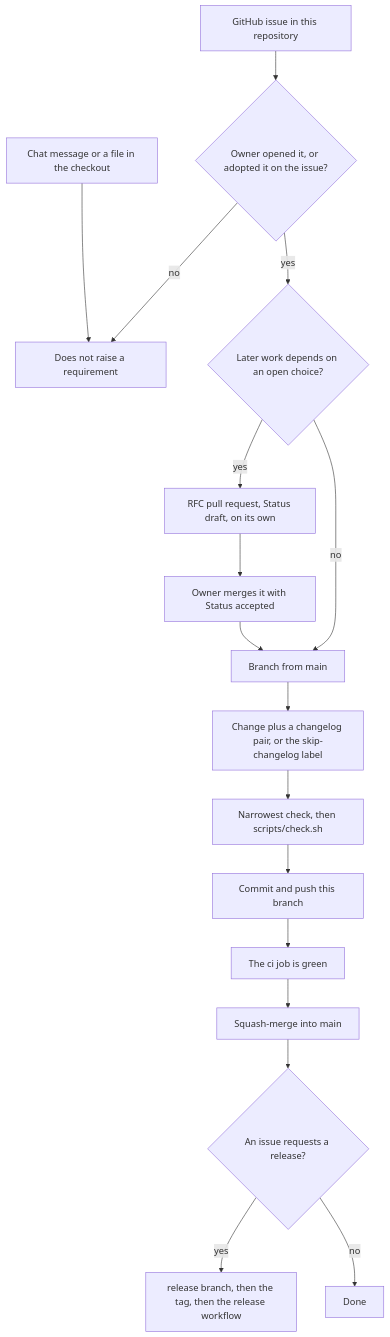
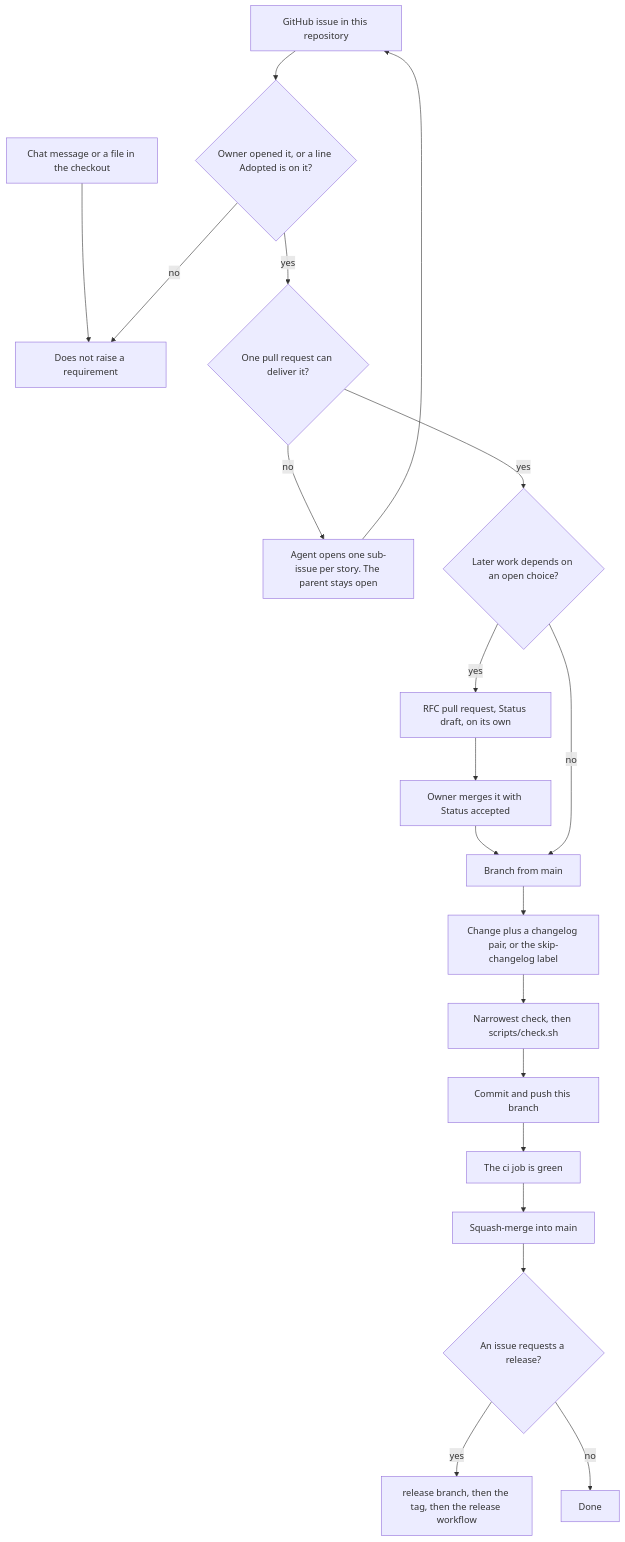
The diagram in AGENTS.md (Staring531/calendo_service), drawn with Mermaid before and after one commit. The commit also changed other lines of this file and 13 other files, not shown here.

First line of the commit message:
ci(ci): close one adopted leaf issue and move project cards from events (#12)

````diff
--- a/AGENTS.md
+++ b/AGENTS.md
@@ -50,19 +50,22 @@
 ```mermaid
 flowchart TD
   chat[Chat message or a file in the checkout] --> no[Does not raise a requirement]
-  issue[GitHub issue in this repository] --> whose{Owner opened it, or adopted it on the issue?}
+  issue[GitHub issue in this repository] --> whose{Owner opened it, or a line Adopted is on it?}
   whose -->|no| no
-  whose -->|yes| depends{Later work depends on an open choice?}
+  whose -->|yes| unit{One pull request can deliver it?}
+  unit -->|no| split[Agent opens one sub-issue per story. The parent stays open]
+  split --> issue
+  unit -->|yes| depends{Later work depends on an open choice?}
   depends -->|yes| rfc[RFC pull request, Status draft, on its own]
   rfc --> accepted[Owner merges it with Status accepted]
   accepted --> branch[Branch from main]
   depends -->|no| branch
   branch --> change[Change plus a changelog pair, or the skip-changelog label]
   change --> verify[Narrowest check, then scripts/check.sh]
   verify --> ship[Commit and push this branch]
   ship --> green[The ci job is green]
   green --> merge[Squash-merge into main]
   merge --> rel{An issue requests a release?}
   rel -->|yes| tag[release branch, then the tag, then the release workflow]
   rel -->|no| done[Done]
 ```
````
